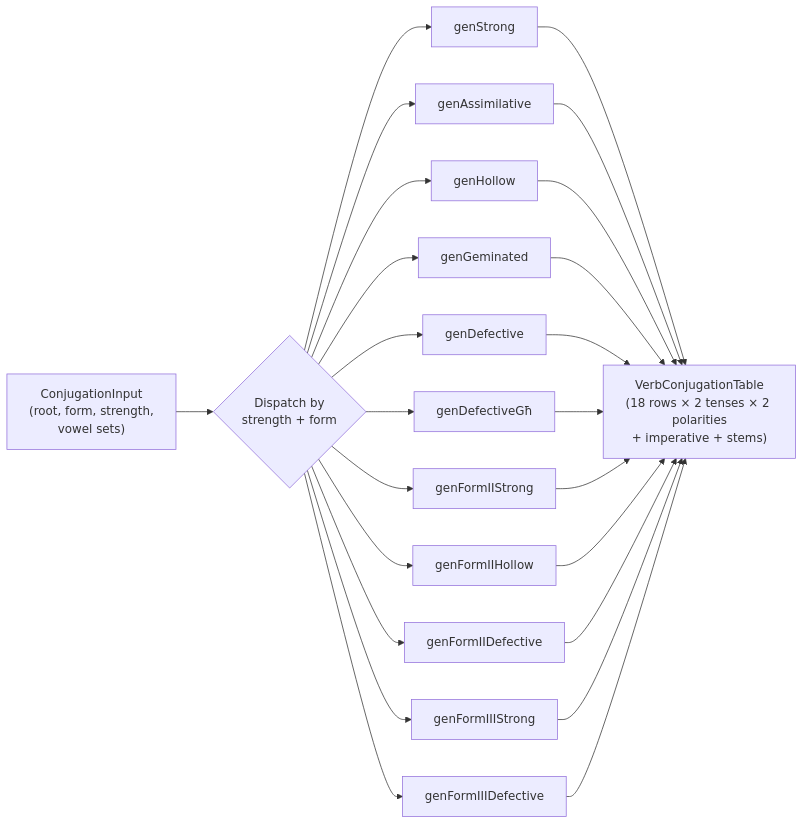
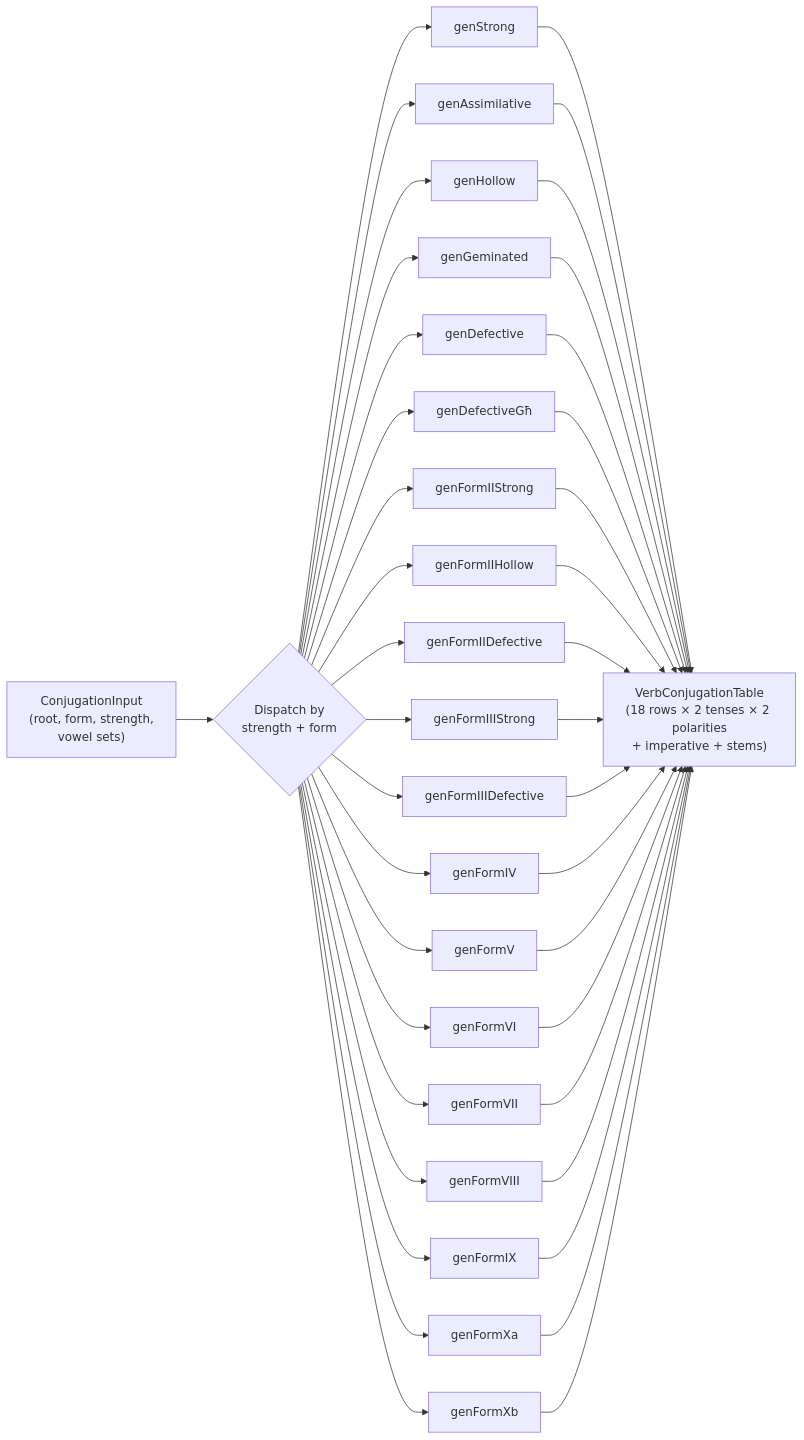
The diagram in docs/linguistic-rules.md (alansyahmi/il-migma), drawn with Mermaid before and after one commit. The commit also changed other lines of this file and 31 other files, not shown here.

````diff
--- a/docs/linguistic-rules.md
+++ b/docs/linguistic-rules.md
@@ -9,23 +9,31 @@
 ```mermaid
 flowchart LR
     Input["ConjugationInput\n(root, form, strength,\nvowel sets)"]
     Dispatch{"Dispatch by\nstrength + form"}
     
     GS["genStrong"]
     GA["genAssimilative"]
     GH["genHollow"]
     GG["genGeminated"]
     GD["genDefective"]
     GDG["genDefectiveGħ"]
     GF2S["genFormIIStrong"]
     GF2H["genFormIIHollow"]
     GF2D["genFormIIDefective"]
     GF3S["genFormIIIStrong"]
     GF3D["genFormIIIDefective"]
+    GF4["genFormIV"]
+    GF5["genFormV"]
+    GF6["genFormVI"]
+    GF7["genFormVII"]
+    GF8["genFormVIII"]
+    GF9["genFormIX"]
+    GFXa["genFormXa"]
+    GFXb["genFormXb"]
 
     Table["VerbConjugationTable\n(18 rows × 2 tenses × 2 polarities\n+ imperative + stems)"]
 
     Input --> Dispatch
-    Dispatch --> GS & GA & GH & GG & GD & GDG & GF2S & GF2H & GF2D & GF3S & GF3D
-    GS & GA & GH & GG & GD & GDG & GF2S & GF2H & GF2D & GF3S & GF3D --> Table
+    Dispatch --> GS & GA & GH & GG & GD & GDG & GF2S & GF2H & GF2D & GF3S & GF3D & GF4 & GF5 & GF6 & GF7 & GF8 & GF9 & GFXa & GFXb
+    GS & GA & GH & GG & GD & GDG & GF2S & GF2H & GF2D & GF3S & GF3D & GF4 & GF5 & GF6 & GF7 & GF8 & GF9 & GFXa & GFXb --> Table
 ```
````
